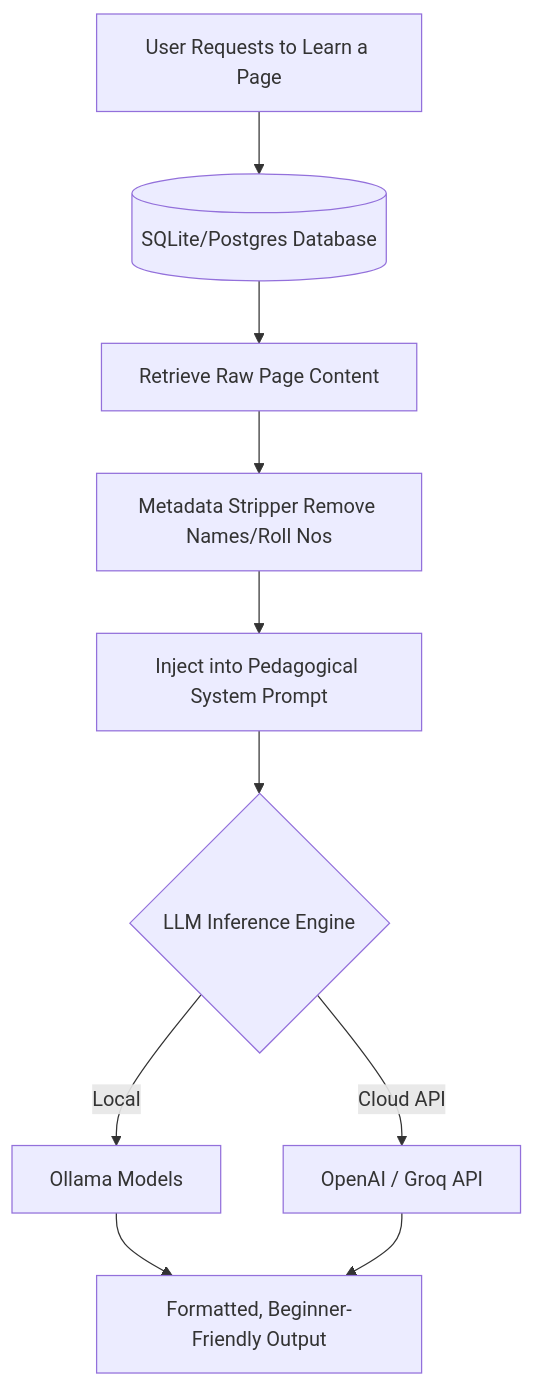
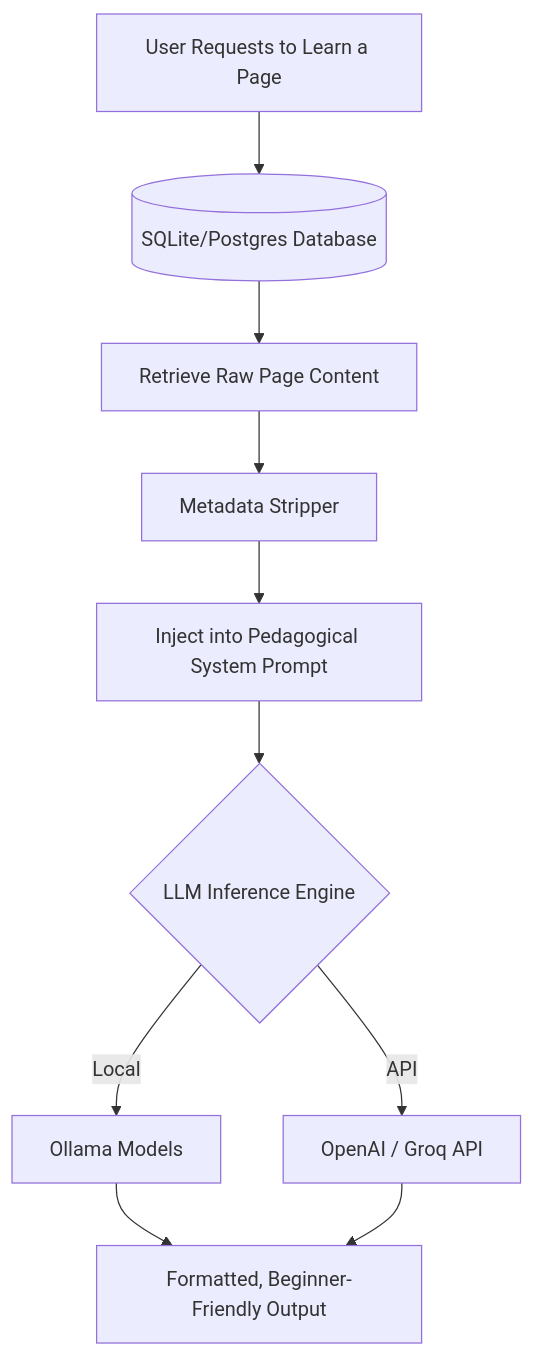
One commit to devxilz/book_agent changed the second of 2 diagrams in README.md. Above: the diagram before and after it, drawn with Mermaid. The commit also changed other lines of this file, not shown here.

````diff
--- a/README.md
+++ b/README.md
@@ -72,12 +62,12 @@
 ```mermaid
 graph TD;
     A[User Requests to Learn a Page] --> B[(SQLite/Postgres Database)];
     B --> C[Retrieve Raw Page Content];
-    C --> D[Metadata Stripper Remove Names/Roll Nos];
+    C --> D[Metadata Stripper];
     D --> E[Inject into Pedagogical System Prompt];
     E --> F{LLM Inference Engine};
     F -- Local --> G[Ollama Models];
-    F -- Cloud API --> H[OpenAI / Groq API];
+    F -- API --> H[OpenAI / Groq API];
     G --> I[Formatted, Beginner-Friendly Output];
     H --> I;
 ```
````
